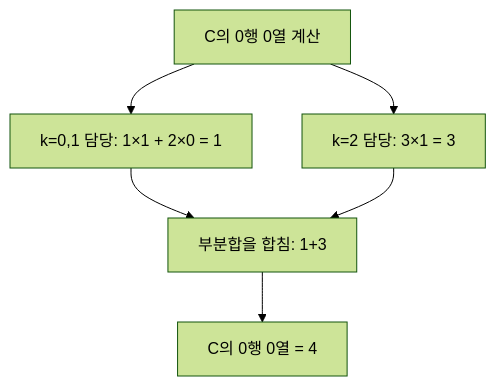
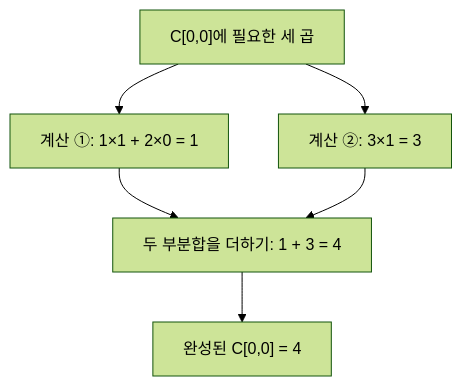
Before and after one commit to smallstep-zzz/furyno5-handbook: the fourth of 8 diagrams in content/01-hardware.md, drawn with Mermaid (forest theme). The commit also changed other lines of this file, not shown here.

Commit message:
docs: teach M/N/K partition using concrete output positions and diagrams before mapping jargon

````diff
--- a/content/01-hardware.md
+++ b/content/01-hardware.md
@@ -177,8 +219,8 @@
 ```mermaid
 flowchart TB
-  A["C의 0행 0열 계산"] --> L["k=0,1 담당: 1×1 + 2×0 = 1"]
-  A --> R["k=2 담당: 3×1 = 3"]
-  L --> S["부분합을 합침: 1+3"]
-  R --> S
-  S --> C["C의 0행 0열 = 4"]
+  A["C[0,0]에 필요한 세 곱"] --> B["계산 ①: 1×1 + 2×0 = 1"]
+  A --> D["계산 ②: 3×1 = 3"]
+  B --> E["두 부분합을 더하기: 1 + 3 = 4"]
+  D --> E
+  E --> F["완성된 C[0,0] = 4"]
 ```
````
